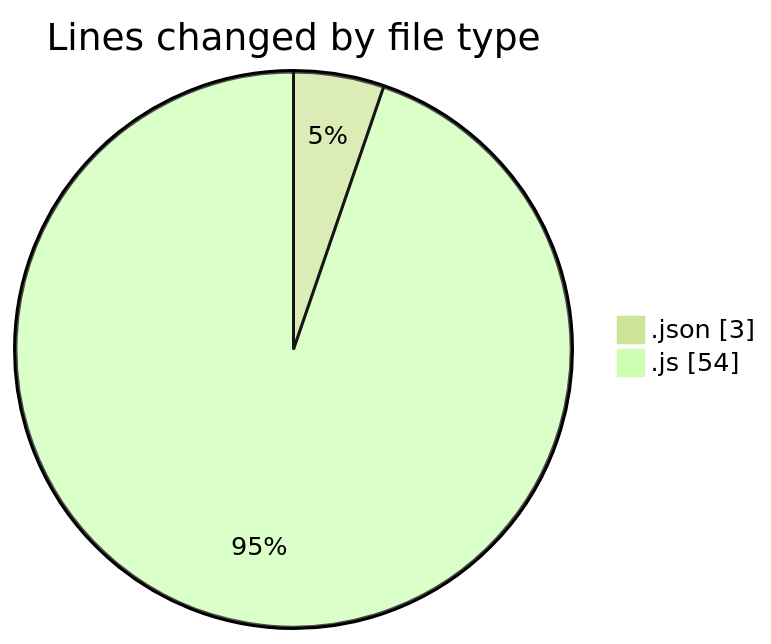
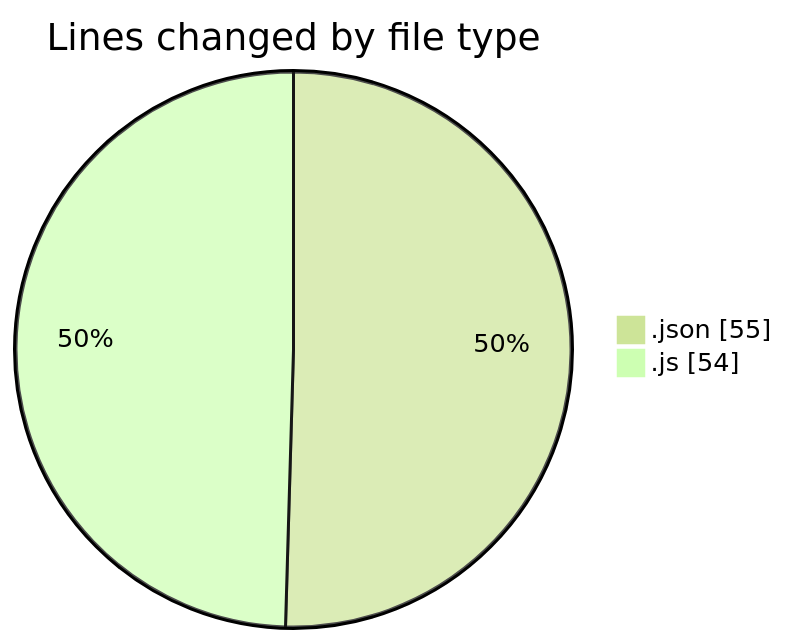
One commit to momahboobian/code-tracking changed the first of 2 diagrams in 2026-01-06/cda/README.md. Above: the diagram before and after it, drawn with Mermaid (forest theme). The commit also changed other lines of this file and 1 other file, not shown here.

````diff
--- a/2026-01-06/cda/README.md
+++ b/2026-01-06/cda/README.md
@@ -21,6 +22,6 @@
 ```mermaid
 pie showData
 title Lines changed by file type
-".json" : 3
+".json" : 55
 ".js" : 54
 ```
````
